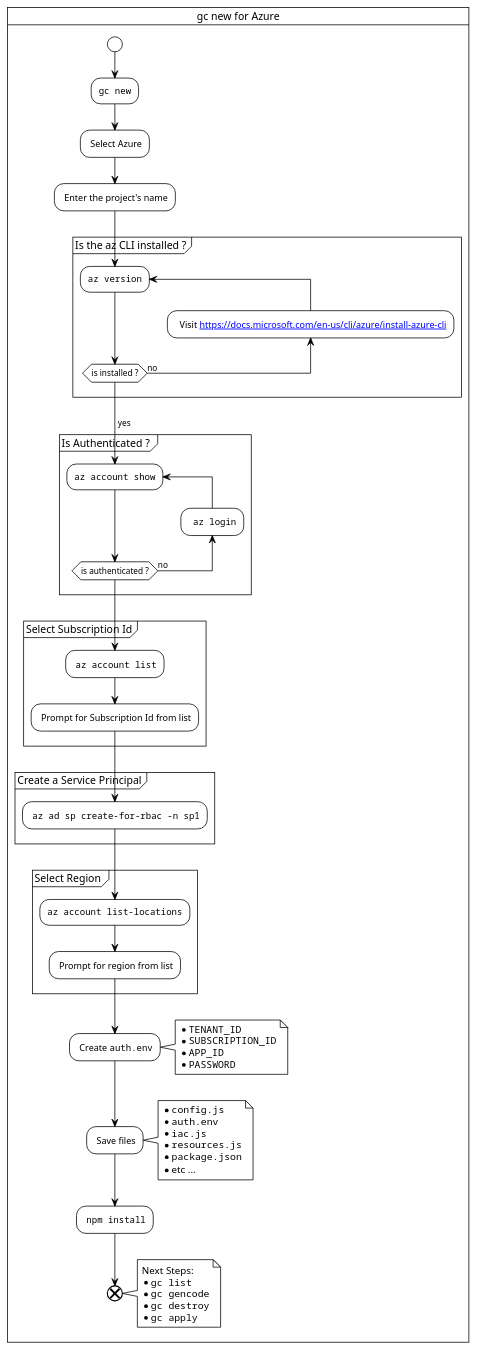
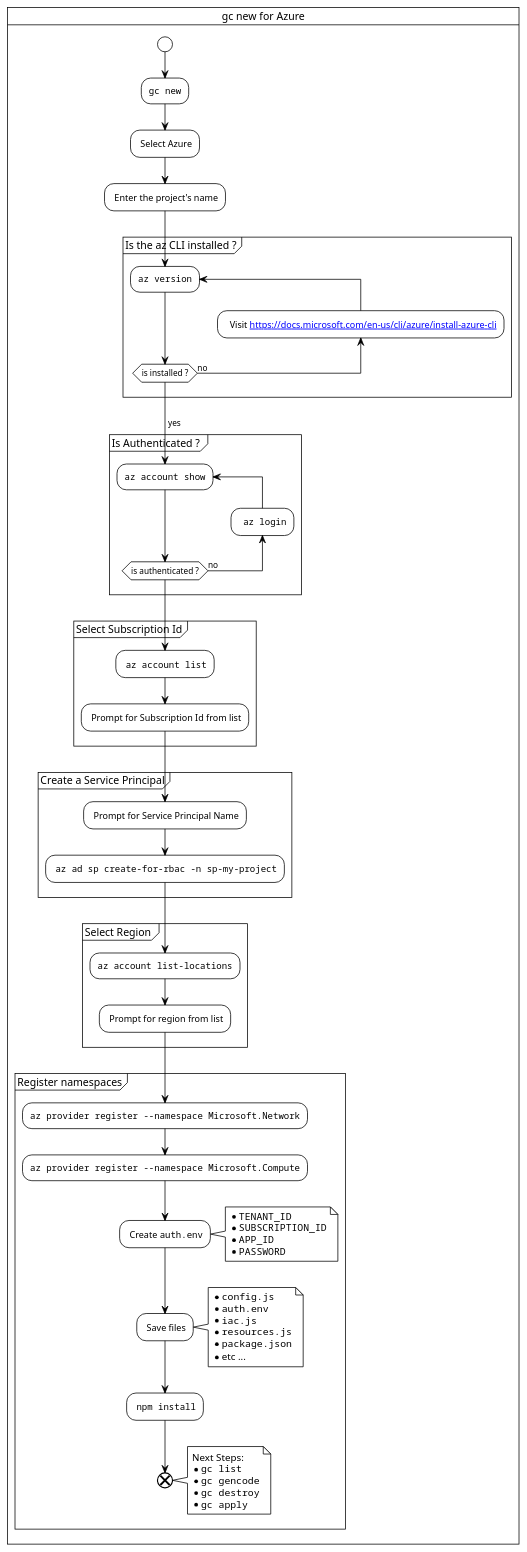
Before and after one commit to grucloud/grucloud: the diagram in docusaurus/plantuml/gc-new-azure.puml, drawn with PlantUML. The commit also changed 4 other files, not shown here.

```diff
--- a/docusaurus/plantuml/gc-new-azure.puml
+++ b/docusaurus/plantuml/gc-new-azure.puml
@@ -1,74 +1,79 @@
 @startuml gc-new-azure
 !theme plain
 
 skinparam svgLinkTarget _blank
 
 card "gc new for Azure" {
 start
 
 :""gc new"";
 : Select Azure;
 : Enter the project's name;
 
 
 partition "Is the az CLI installed ?" {
 repeat :""az version"";
 backward:  Visit [[https://docs.microsoft.com/en-us/cli/azure/install-azure-cli]];
 repeat while (is installed ?) is (no) 
 ->yes;
 }
 
 partition "Is Authenticated ? " {
 
 repeat :""az account show"";
 backward:  ""az login"";
 repeat while (is authenticated ?) is (no) 
 
 }
 
 partition "Select Subscription Id" {
  
 : ""az account list"";
 : Prompt for Subscription Id from list;
 }
 
 partition "Create a Service Principal" {
-: ""az ad sp create-for-rbac -n sp1"";
+: Prompt for Service Principal Name;
+: ""az ad sp create-for-rbac -n sp-my-project"";
 }
 
 partition "Select Region " {
   :""az account list-locations"";
 : Prompt for region from list;
 }
+
+partition "Register namespaces" {
+:""az provider register --namespace Microsoft.Network"";
+:""az provider register --namespace Microsoft.Compute"";
 
 : Create ""auth.env"";
 note right
 * ""TENANT_ID""
 * ""SUBSCRIPTION_ID""
 * ""APP_ID""
 * ""PASSWORD""
 end note 
 
 : Save files; 
 note right
 * ""config.js""
 * ""auth.env""
 * ""iac.js""
 * ""resources.js""
 * ""package.json""
 * etc ...
 end note 
 
 : ""npm install"";
 end
 
 note right
 Next Steps:
 * ""gc list""
 * ""gc gencode""
 * ""gc destroy""
 * ""gc apply""
 end note 
 
 }
 @enduml
```
